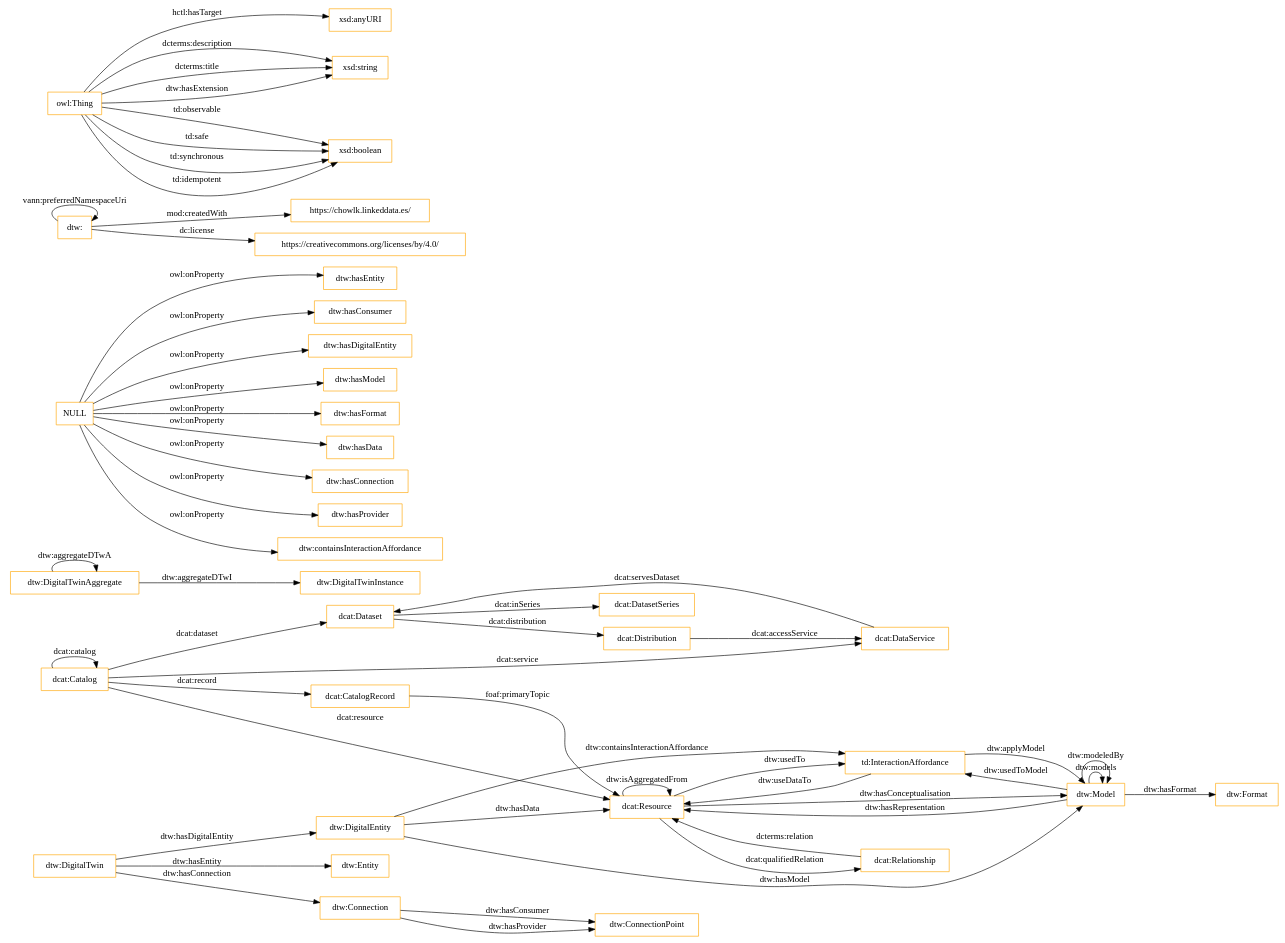
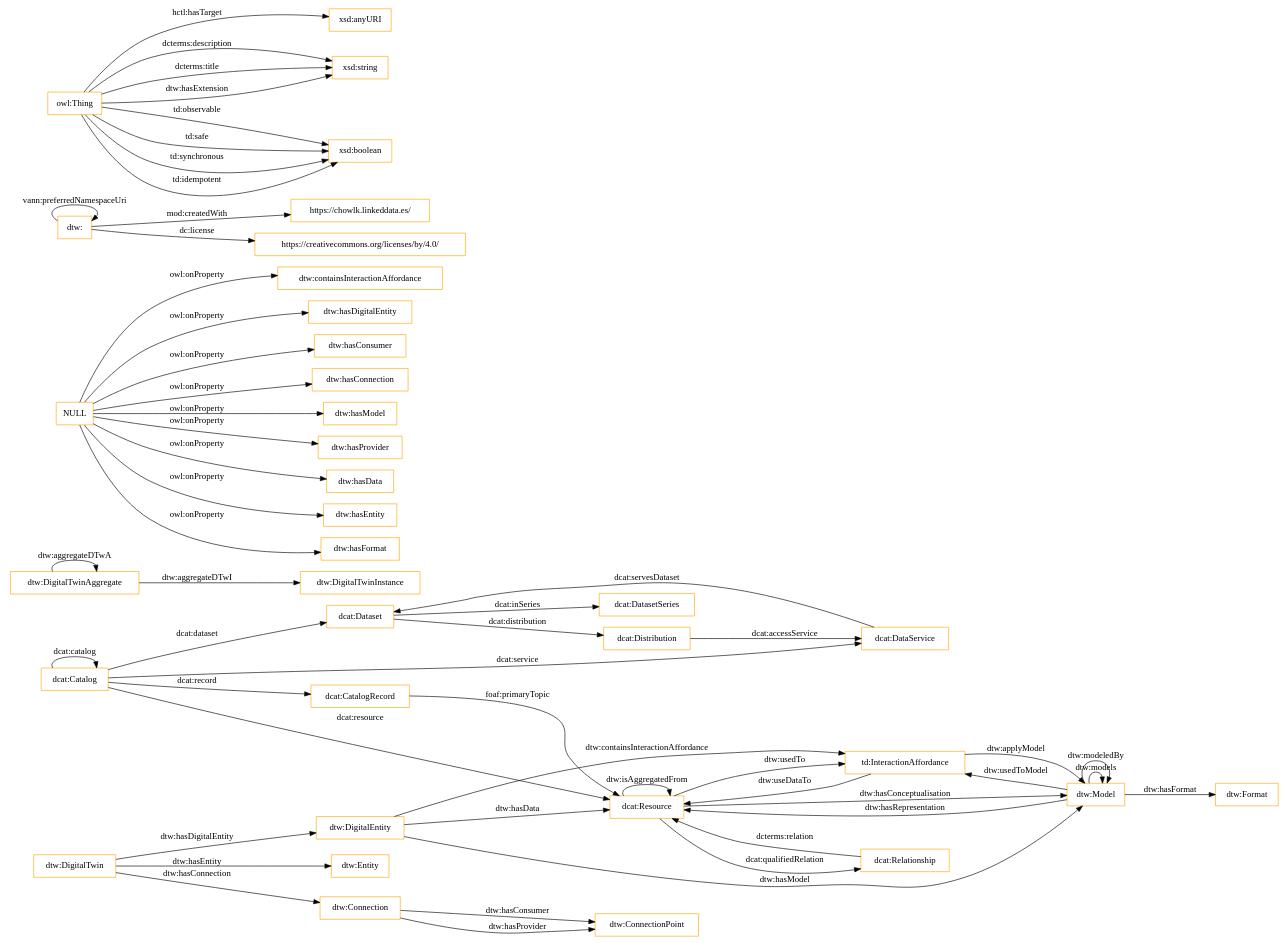
The diagram in OnToology/ontology.ttl/diagrams/ar2dtool-class/ontology.ttl.png.dot (oeg-upm/WoT-DT-ontology-v2), drawn with Graphviz before and after one commit. The commit also changed other lines of this file and 3 other files, not shown here.

```diff
--- a/OnToology/ontology.ttl/diagrams/ar2dtool-class/ontology.ttl.png.dot
+++ b/OnToology/ontology.ttl/diagrams/ar2dtool-class/ontology.ttl.png.dot
@@ -1,58 +1,58 @@
 digraph ar2dtool_diagram { 
 rankdir=LR;
 size="1501"
 node [shape = rectangle, color="orange"]; "dcat:Dataset" "dtw:Format" "dcat:DataService" "dtw:DigitalTwinInstance" "td:InteractionAffordance" "dtw:ConnectionPoint" "dtw:Entity" "dtw:Model" "dtw:DigitalTwin" "dcat:CatalogRecord" "dtw:DigitalTwinAggregate" "dcat:Relationship" "dcat:DatasetSeries" "dcat:Resource" "dcat:Catalog" "dcat:Distribution" "dtw:Connection" "dtw:DigitalEntity" ; /*classes style*/
+	"NULL" -> "dtw:containsInteractionAffordance" [ label = "owl:onProperty" ];
+	"NULL" -> "dtw:hasDigitalEntity" [ label = "owl:onProperty" ];
+	"NULL" -> "dtw:hasConsumer" [ label = "owl:onProperty" ];
+	"NULL" -> "dtw:hasConnection" [ label = "owl:onProperty" ];
+	"NULL" -> "dtw:hasModel" [ label = "owl:onProperty" ];
+	"NULL" -> "dtw:hasProvider" [ label = "owl:onProperty" ];
+	"NULL" -> "dtw:hasData" [ label = "owl:onProperty" ];
 	"NULL" -> "dtw:hasEntity" [ label = "owl:onProperty" ];
-	"NULL" -> "dtw:hasConsumer" [ label = "owl:onProperty" ];
-	"NULL" -> "dtw:hasDigitalEntity" [ label = "owl:onProperty" ];
-	"NULL" -> "dtw:hasModel" [ label = "owl:onProperty" ];
 	"NULL" -> "dtw:hasFormat" [ label = "owl:onProperty" ];
-	"NULL" -> "dtw:hasData" [ label = "owl:onProperty" ];
-	"NULL" -> "dtw:hasConnection" [ label = "owl:onProperty" ];
-	"NULL" -> "dtw:hasProvider" [ label = "owl:onProperty" ];
-	"NULL" -> "dtw:containsInteractionAffordance" [ label = "owl:onProperty" ];
 	"dtw:" -> "https://chowlk.linkeddata.es/" [ label = "mod:createdWith" ];
 	"dtw:" -> "https://creativecommons.org/licenses/by/4.0/" [ label = "dc:license" ];
 	"dtw:" -> "dtw:" [ label = "vann:preferredNamespaceUri" ];
 	"dcat:Resource" -> "dtw:Model" [ label = "dtw:hasConceptualisation" ];
 	"td:InteractionAffordance" -> "dtw:Model" [ label = "dtw:applyModel" ];
 	"owl:Thing" -> "xsd:anyURI" [ label = "hctl:hasTarget" ];
 	"dcat:Catalog" -> "dcat:Resource" [ label = "dcat:resource" ];
 	"owl:Thing" -> "xsd:string" [ label = "dcterms:description" ];
 	"dtw:Model" -> "td:InteractionAffordance" [ label = "dtw:usedToModel" ];
 	"td:InteractionAffordance" -> "dcat:Resource" [ label = "dtw:useDataTo" ];
 	"dcat:Distribution" -> "dcat:DataService" [ label = "dcat:accessService" ];
 	"dcat:Resource" -> "dcat:Resource" [ label = "dtw:isAggregatedFrom" ];
 	"dcat:Catalog" -> "dcat:CatalogRecord" [ label = "dcat:record" ];
 	"dcat:Resource" -> "dcat:Relationship" [ label = "dcat:qualifiedRelation" ];
 	"dtw:Model" -> "dcat:Resource" [ label = "dtw:hasRepresentation" ];
 	"dcat:CatalogRecord" -> "dcat:Resource" [ label = "foaf:primaryTopic" ];
 	"dcat:Catalog" -> "dcat:Dataset" [ label = "dcat:dataset" ];
 	"dcat:DataService" -> "dcat:Dataset" [ label = "dcat:servesDataset" ];
 	"owl:Thing" -> "xsd:boolean" [ label = "td:observable" ];
 	"dtw:DigitalTwin" -> "dtw:Connection" [ label = "dtw:hasConnection" ];
 	"dtw:Connection" -> "dtw:ConnectionPoint" [ label = "dtw:hasProvider" ];
 	"dtw:Connection" -> "dtw:ConnectionPoint" [ label = "dtw:hasConsumer" ];
 	"dcat:Catalog" -> "dcat:DataService" [ label = "dcat:service" ];
 	"dtw:DigitalEntity" -> "dcat:Resource" [ label = "dtw:hasData" ];
 	"dtw:Model" -> "dtw:Model" [ label = "dtw:models" ];
 	"dcat:Catalog" -> "dcat:Catalog" [ label = "dcat:catalog" ];
 	"dtw:DigitalTwin" -> "dtw:DigitalEntity" [ label = "dtw:hasDigitalEntity" ];
 	"dcat:Relationship" -> "dcat:Resource" [ label = "dcterms:relation" ];
 	"owl:Thing" -> "xsd:boolean" [ label = "td:safe" ];
 	"dtw:DigitalEntity" -> "td:InteractionAffordance" [ label = "dtw:containsInteractionAffordance" ];
 	"dtw:Model" -> "dtw:Format" [ label = "dtw:hasFormat" ];
 	"dtw:Model" -> "dtw:Model" [ label = "dtw:modeledBy" ];
 	"dtw:DigitalTwin" -> "dtw:Entity" [ label = "dtw:hasEntity" ];
 	"dtw:DigitalTwinAggregate" -> "dtw:DigitalTwinAggregate" [ label = "dtw:aggregateDTwA" ];
 	"dcat:Dataset" -> "dcat:Distribution" [ label = "dcat:distribution" ];
 	"dcat:Dataset" -> "dcat:DatasetSeries" [ label = "dcat:inSeries" ];
 	"dcat:Resource" -> "td:InteractionAffordance" [ label = "dtw:usedTo" ];
 	"owl:Thing" -> "xsd:boolean" [ label = "td:synchronous" ];
 	"dtw:DigitalEntity" -> "dtw:Model" [ label = "dtw:hasModel" ];
 	"owl:Thing" -> "xsd:string" [ label = "dcterms:title" ];
 	"dtw:DigitalTwinAggregate" -> "dtw:DigitalTwinInstance" [ label = "dtw:aggregateDTwI" ];
 	"owl:Thing" -> "xsd:boolean" [ label = "td:idempotent" ];
 	"owl:Thing" -> "xsd:string" [ label = "dtw:hasExtension" ];
 
 }
```
